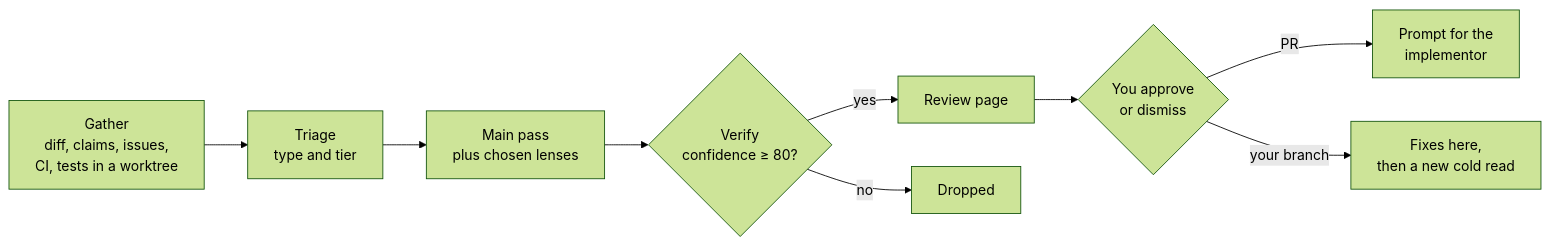
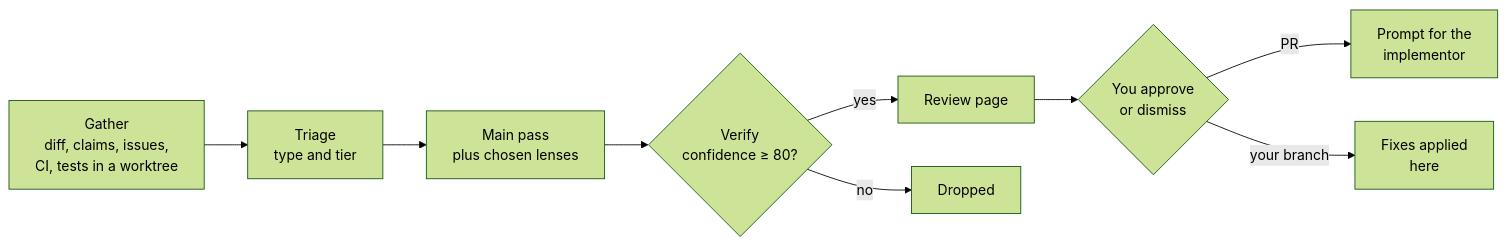
One commit to ITZSHOAIB/dev-skills changed the second of 4 diagrams in README.md. Above: the diagram before and after it, drawn with Mermaid (forest theme). The commit also changed other lines of this file and 7 other files, not shown here.

````diff
--- a/README.md
+++ b/README.md
@@ -155,11 +155,11 @@
 ```mermaid
 flowchart LR
     A["Gather<br/>diff, claims, issues,<br/>CI, tests in a worktree"] --> B["Triage<br/>type and tier"]
     B --> C["Main pass<br/>plus chosen lenses"]
     C --> D{"Verify<br/>confidence ≥ 80?"}
     D -->|yes| E["Review page"]
     D -->|no| X[Dropped]
     E --> F{"You approve<br/>or dismiss"}
     F -->|PR| G["Prompt for the<br/>implementor"]
-    F -->|your branch| H["Fixes here,<br/>then a new cold read"]
+    F -->|your branch| H["Fixes applied<br/>here"]
 ```
````
